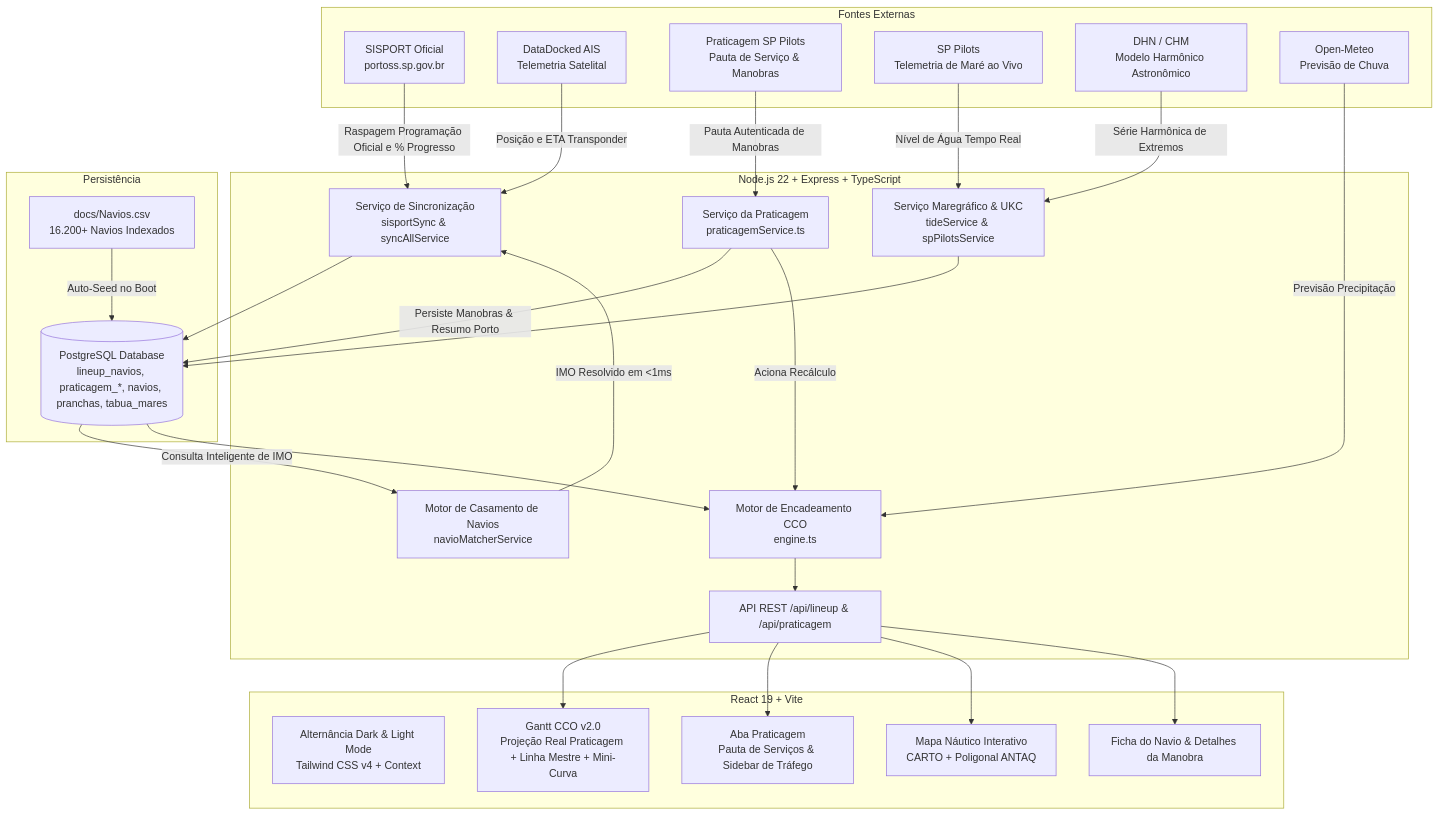
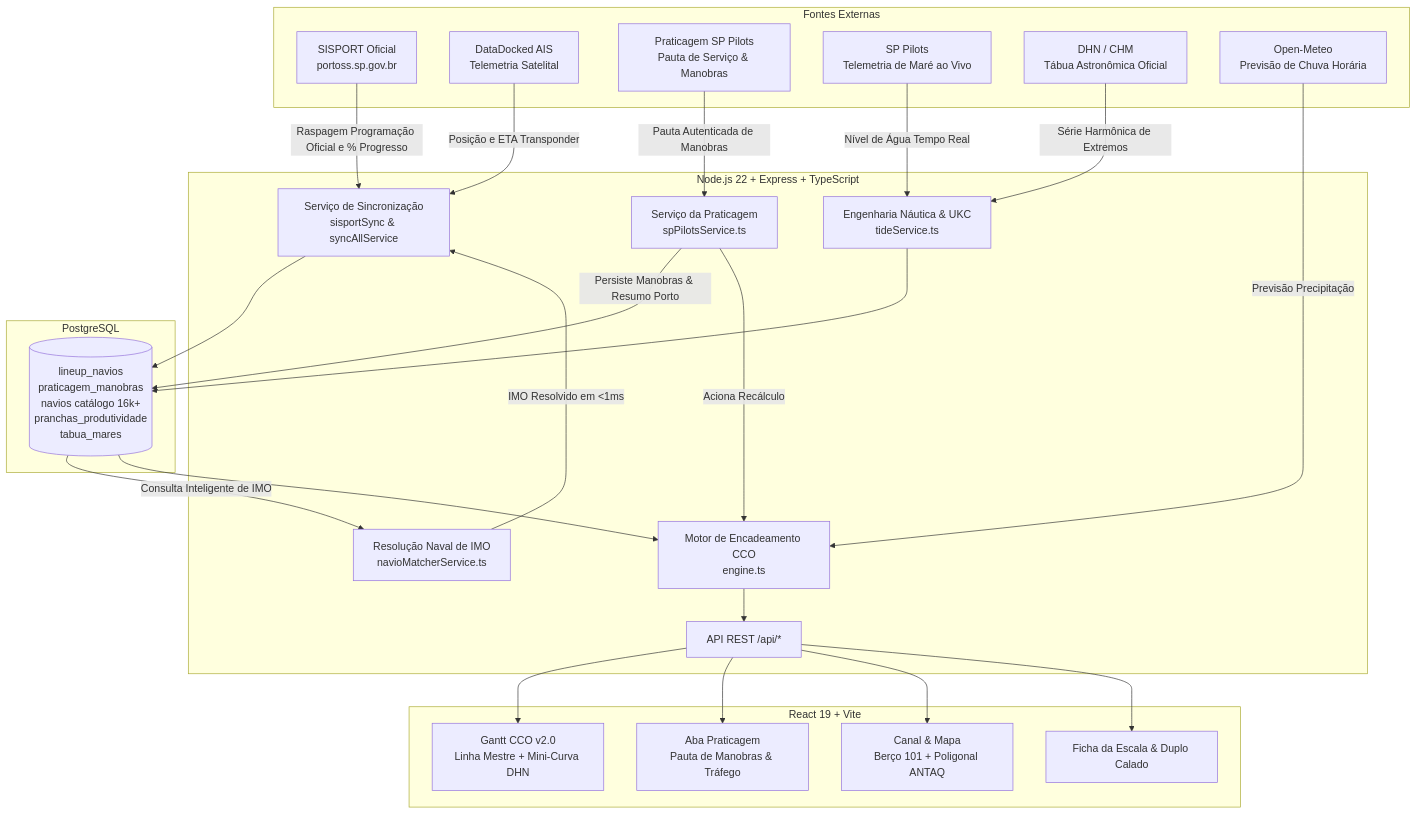
Before and after one commit to alissonvs/CDSS-Lineup: the first of 2 diagrams in README.md, drawn with Mermaid. The commit also changed other lines of this file, not shown here.

Commit message:
docs: update README with detailed mathematical models, system architecture layers, and data flow diagrams

````diff
--- a/README.md
+++ b/README.md
@@ -54,54 +67,51 @@
 ```mermaid
 flowchart TD
     subgraph Fontes Externas
         SIS[SISPORT Oficial<br/>portoss.sp.gov.br]
         AIS[DataDocked AIS<br/>Telemetria Satelital]
         PRAT[Praticagem SP Pilots<br/>Pauta de Serviço & Manobras]
         SPP[SP Pilots<br/>Telemetria de Maré ao Vivo]
-        DHN[DHN / CHM<br/>Modelo Harmônico Astronômico]
-        METEO[Open-Meteo<br/>Previsão de Chuva]
+        DHN[DHN / CHM<br/>Tábua Astronômica Oficial]
+        METEO[Open-Meteo<br/>Previsão de Chuva Horária]
     end
 
     subgraph Backend CDSS [Node.js 22 + Express + TypeScript]
         SYNC[Serviço de Sincronização<br/>sisportSync & syncAllService]
-        PRAT_SVC[Serviço da Praticagem<br/>praticagemService.ts]
-        MATCH[Motor de Casamento de Navios<br/>navioMatcherService]
-        TIDE[Serviço Maregráfico & UKC<br/>tideService & spPilotsService]
+        PRAT_SVC[Serviço da Praticagem<br/>spPilotsService.ts]
+        MATCH[Resolução Naval de IMO<br/>navioMatcherService.ts]
+        TIDE[Engenharia Náutica & UKC<br/>tideService.ts]
         MOTOR[Motor de Encadeamento CCO<br/>engine.ts]
-        API[API REST /api/lineup & /api/praticagem]
+        API[API REST /api/*]
     end
 
-    subgraph Persistência
-        PG[(PostgreSQL Database<br/>lineup_navios, praticagem_*, navios, pranchas, tabua_mares)]
-        CSV[docs/Navios.csv<br/>16.200+ Navios Indexados]
+    subgraph Persistência [PostgreSQL]
+        PG[(lineup_navios<br/>praticagem_manobras<br/>navios catálogo 16k+<br/>pranchas_produtividade<br/>tabua_mares)]
     end
 
     subgraph Frontend CCO [React 19 + Vite]
-        THEME[Alternância Dark & Light Mode<br/>Tailwind CSS v4 + Context]
-        GANTT[Gantt CCO v2.0<br/>Projeção Real Praticagem + Linha Mestre + Mini-Curva]
-        PRAT_VIEW[Aba Praticagem<br/>Pauta de Serviços & Sidebar de Tráfego]
-        MAPA[Mapa Náutico Interativo<br/>CARTO + Poligonal ANTAQ]
-        MODAIS[Ficha do Navio & Detalhes da Manobra]
+        GANTT[Gantt CCO v2.0<br/>Linha Mestre + Mini-Curva DHN]
+        PRAT_VIEW[Aba Praticagem<br/>Pauta de Manobras & Tráfego]
+        MAPA[Canal & Mapa<br/>Berço 101 + Poligonal ANTAQ]
+        MODAIS[Ficha da Escala & Duplo Calado]
     end
 
     SIS -->|Raspagem Programação Oficial e % Progresso| SYNC
-    CSV -->|Auto-Seed no Boot| PG
     PG -->|Consulta Inteligente de IMO| MATCH
     MATCH -->|IMO Resolvido em <1ms| SYNC
     AIS -->|Posição e ETA Transponder| SYNC
     PRAT -->|Pauta Autenticada de Manobras| PRAT_SVC
     PRAT_SVC -->|Persiste Manobras & Resumo Porto| PG
     PRAT_SVC -->|Aciona Recálculo| MOTOR
     SPP -->|Nível de Água Tempo Real| TIDE
     DHN -->|Série Harmônica de Extremos| TIDE
     METEO -->|Previsão Precipitação| MOTOR
 
     SYNC --> PG
     TIDE --> PG
     PG --> MOTOR
     MOTOR --> API
     API --> GANTT
     API --> PRAT_VIEW
     API --> MAPA
     API --> MODAIS
 ```
````
